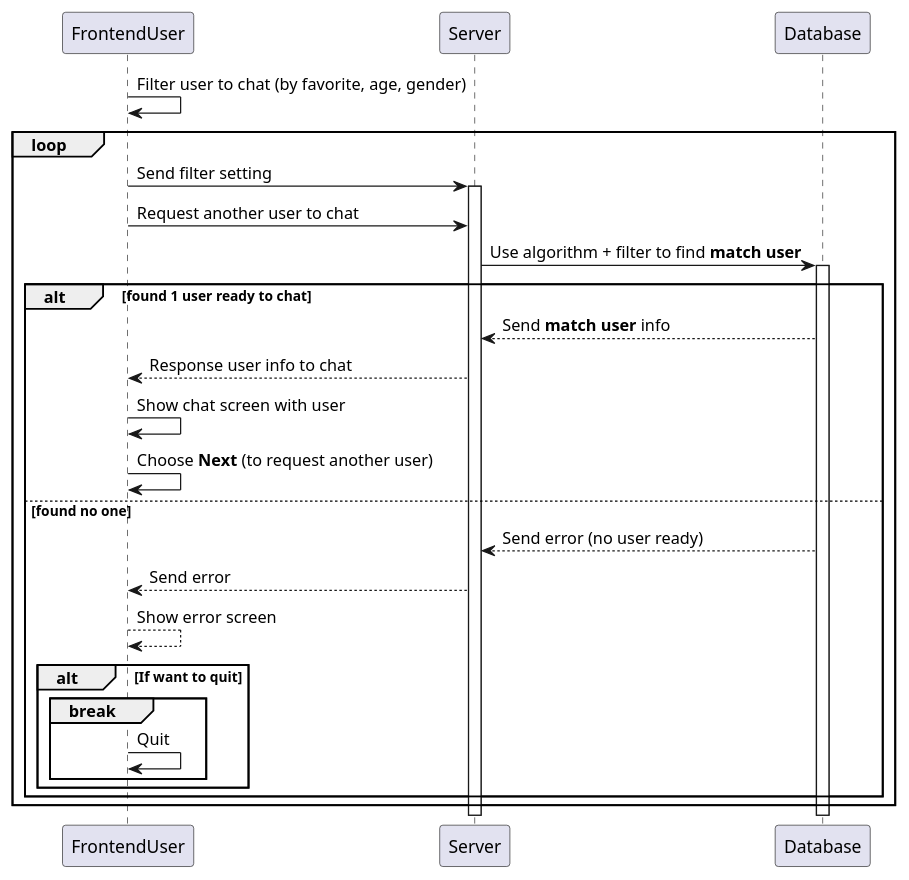
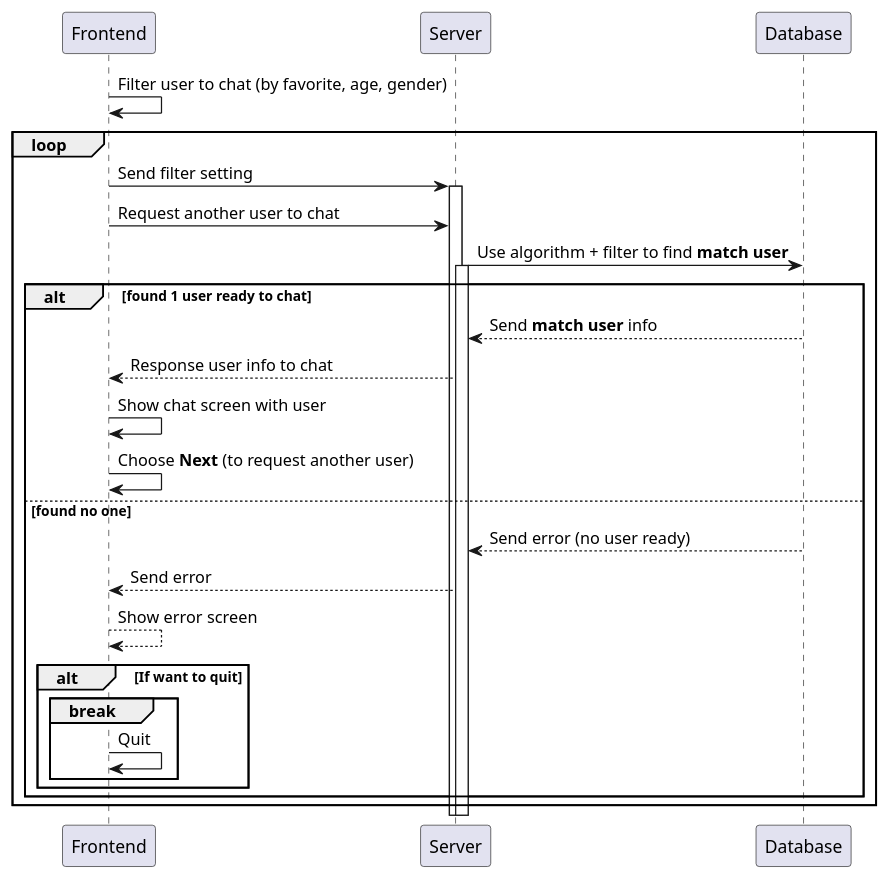
Before and after one commit to 1612180/chat_stranger_doc: the diagram in diagram/sequence/chat.md, drawn with PlantUML.

````diff
--- a/diagram/sequence/chat.md
+++ b/diagram/sequence/chat.md
@@ -4,33 +4,33 @@
 ```plantuml
 @startuml
 
-FrontendUser -> FrontendUser: Filter user to chat (by favorite, age, gender)
+Frontend -> Frontend: Filter user to chat (by favorite, age, gender)
 
 loop
-    FrontendUser -> Server: Send filter setting
+    Frontend -> Server: Send filter setting
     activate Server
 
-    FrontendUser -> Server: Request another user to chat
+    Frontend -> Server: Request another user to chat
 
     Server -> Database: Use algorithm + filter to find **match user**
-    activate Database
+    activate Server
 
     alt found 1 user ready to chat
         Database --> Server: Send **match user** info
-        Server --> FrontendUser: Response user info to chat
-        FrontendUser -> FrontendUser: Show chat screen with user
-        FrontendUser -> FrontendUser: Choose **Next** (to request another user)
+        Server --> Frontend: Response user info to chat
+        Frontend -> Frontend: Show chat screen with user
+        Frontend -> Frontend: Choose **Next** (to request another user)
     else found no one
         Database --> Server: Send error (no user ready)
-        Server --> FrontendUser: Send error
-        FrontendUser --> FrontendUser: Show error screen
+        Server --> Frontend: Send error
+        Frontend --> Frontend: Show error screen
         alt If want to quit
             break
-                FrontendUser -> FrontendUser: Quit
+                Frontend -> Frontend: Quit
             end
         end
     end
 end
 
 @enduml
 ```
````
